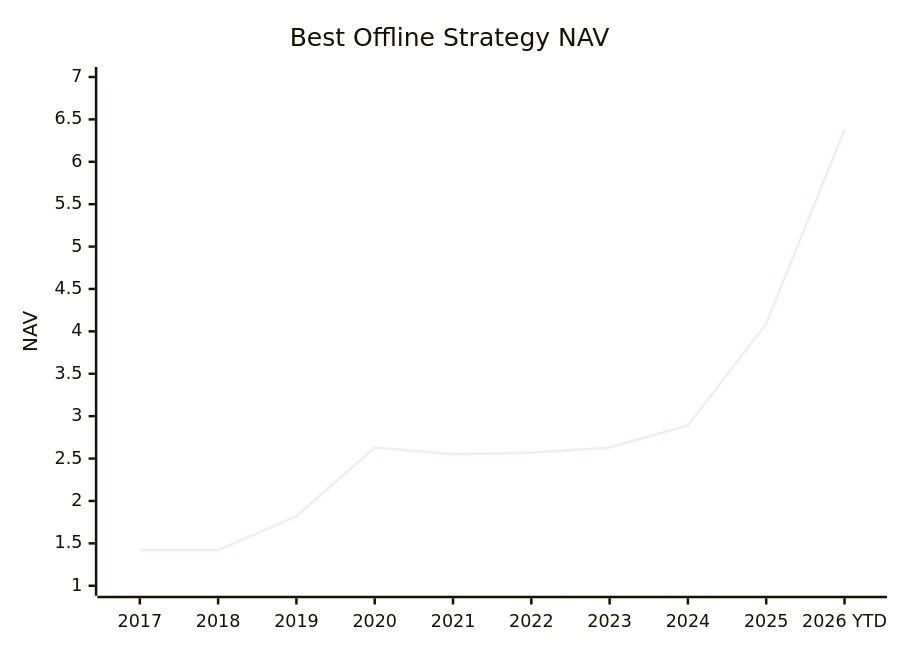
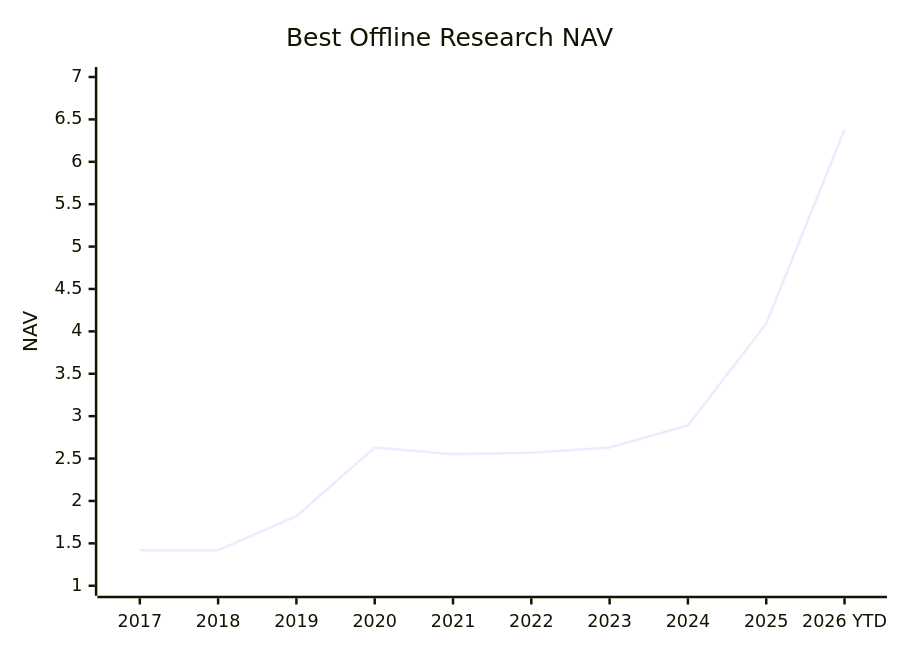
The diagram in README.md (RickyW0529/Margin), drawn with Mermaid before and after one commit. The commit also changed other lines of this file and 24 other files, not shown here.

````diff
--- a/README.md
+++ b/README.md
@@ -39,7 +44,7 @@
 ```mermaid
 xychart-beta
-    title "Best Offline Strategy NAV"
+    title "Best Offline Research NAV"
     x-axis ["2017", "2018", "2019", "2020", "2021", "2022", "2023", "2024", "2025", "2026 YTD"]
     y-axis "NAV" 1 --> 7
     line [1.42, 1.42, 1.82, 2.63, 2.55, 2.57, 2.63, 2.89, 4.09, 6.38]
 ```
````
